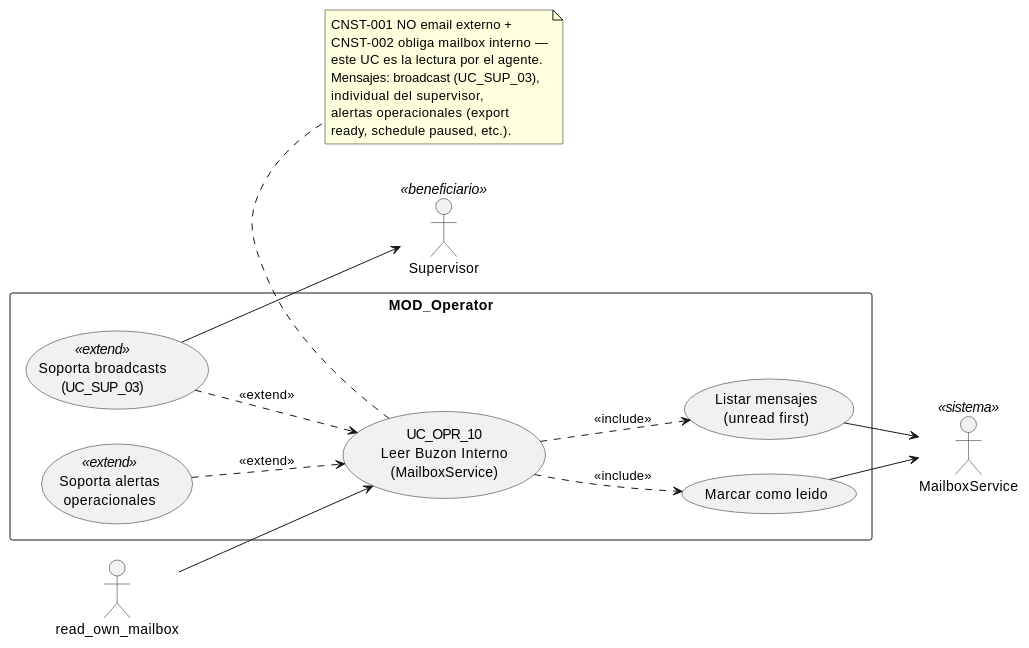
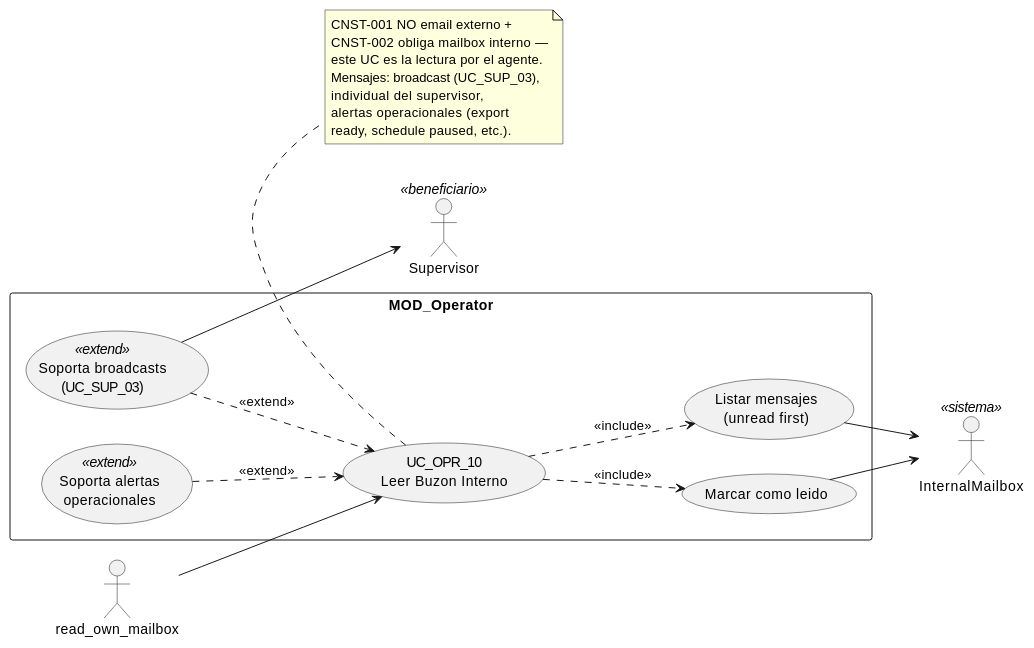
The diagram in source/requisitos/casos-uso/operator/uc-opr-10/diagramas-uml/diagrama-de-caso-de-uso.rst (jcg-admin/IACT-docs), drawn with PlantUML before and after one commit. The commit also changed other lines of this file and 52 other files, not shown here.

```diff
--- a/source/requisitos/casos-uso/operator/uc-opr-10/diagramas-uml/diagrama-de-caso-de-uso.rst
+++ b/source/requisitos/casos-uso/operator/uc-opr-10/diagramas-uml/diagrama-de-caso-de-uso.rst
@@ -4,40 +4,40 @@
 .. uml::
  :caption: UC_OPR_10 — actores y casos asociados
 
  @startuml
 
  left to right direction
 
  actor "read_own_mailbox" as INVOKER
- actor "MailboxService" as MAILBOX <<sistema>>
+ actor "InternalMailbox" as MB <<sistema>>
  actor "Supervisor" as SUPER <<beneficiario>>
 
  rectangle "MOD_Operator" {
-   usecase "UC_OPR_10\nLeer Buzon Interno\n(MailboxService)" as UC_OPR_10
+   usecase "UC_OPR_10\nLeer Buzon Interno" as UC_OPR_10
    usecase "Listar mensajes\n(unread first)" as LISTAR
    usecase "Marcar como leido" as MARCAR
    usecase "Soporta broadcasts\n(UC_SUP_03)" as BROADCAST <<extend>>
    usecase "Soporta alertas\noperacionales" as ALERTAS_OP <<extend>>
  }
 
  INVOKER --> UC_OPR_10
  UC_OPR_10 ..> LISTAR : <<include>>
  UC_OPR_10 ..> MARCAR : <<include>>
  BROADCAST ..> UC_OPR_10 : <<extend>>
  ALERTAS_OP ..> UC_OPR_10 : <<extend>>
 
- LISTAR --> MAILBOX
- MARCAR --> MAILBOX
+ LISTAR --> MB
+ MARCAR --> MB
  BROADCAST --> SUPER
 
  note bottom of UC_OPR_10
    CNST-001 NO email externo +
    CNST-002 obliga mailbox interno —
    este UC es la lectura por el agente.
    Mensajes: broadcast (UC_SUP_03),
    individual del supervisor,
    alertas operacionales (export
    ready, schedule paused, etc.).
  end note
 
  @enduml
```
